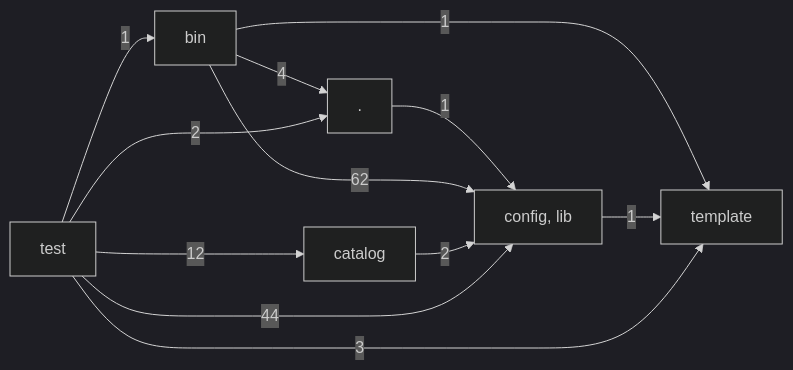
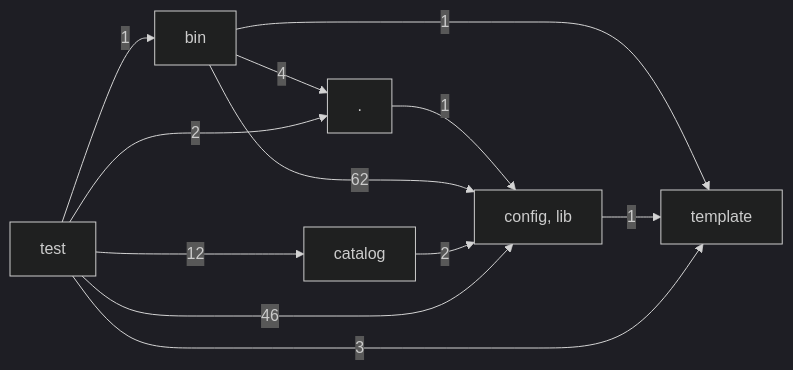
The diagram in docs/architecture/layers.md (hackersandwizards/scaffolding), drawn with Mermaid (dark theme) before and after one commit. The commit also changed 20 other files, not shown here.

````diff
--- a/docs/architecture/layers.md
+++ b/docs/architecture/layers.md
@@ -3,20 +3,20 @@
 ```mermaid
 graph LR
   L0["."]
   L1["bin"]
   L2["catalog"]
   L3["config, lib"]
   L4["template"]
   L5["test"]
   L0 -->|1| L3
   L1 -->|4| L0
   L1 -->|62| L3
   L1 -->|1| L4
   L2 -->|2| L3
   L3 -->|1| L4
   L5 -->|2| L0
   L5 -->|1| L1
   L5 -->|12| L2
-  L5 -->|44| L3
+  L5 -->|46| L3
   L5 -->|3| L4
 ```
````
